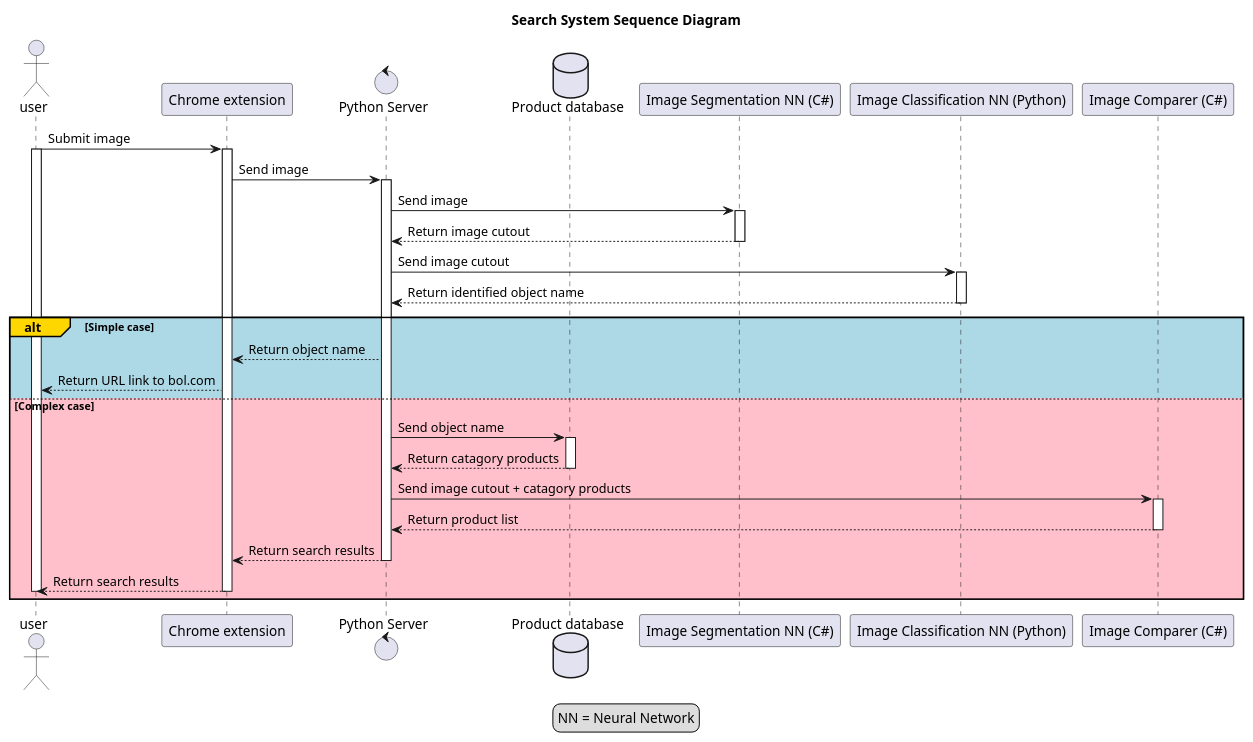
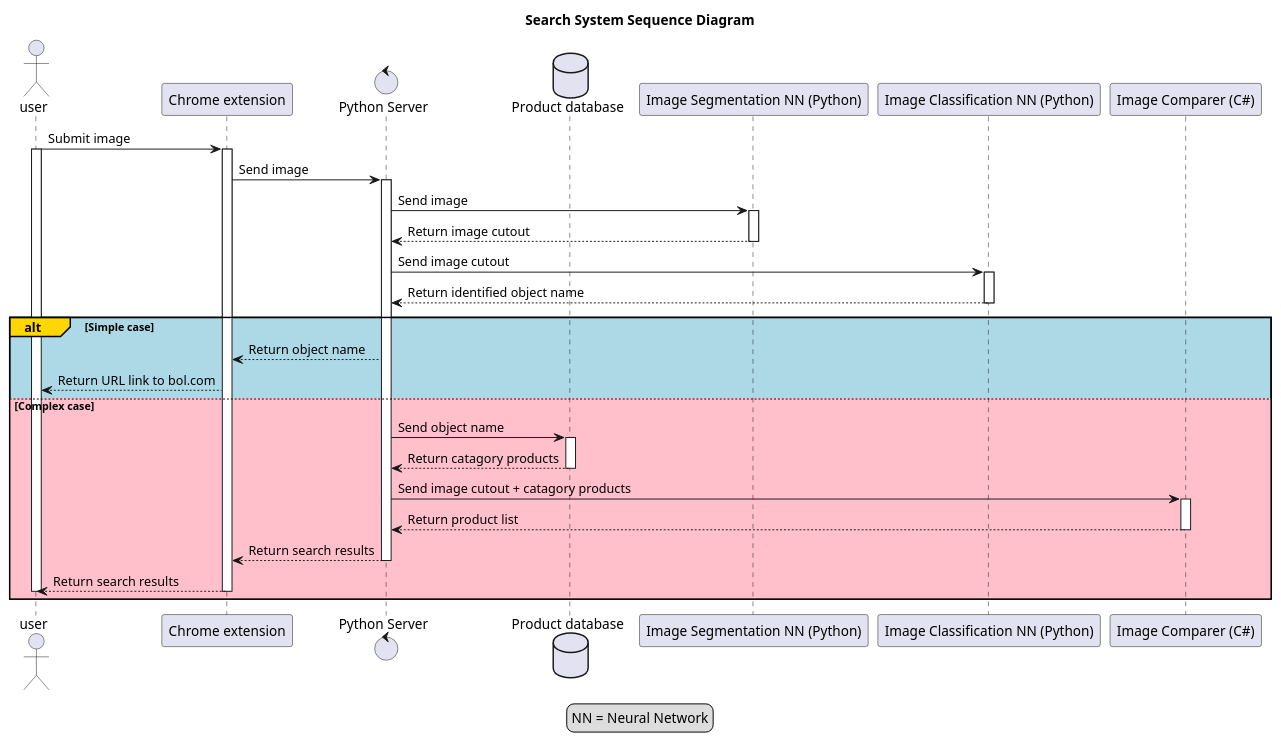
Before and after one commit to RemonZander/Project-D: the diagram in Documentation/SequenceDiagrams/SequenceDiagram.plantuml, drawn with PlantUML.

Commit message:
Updated sequence diagram

```diff
--- a/Documentation/SequenceDiagrams/SequenceDiagram.plantuml
+++ b/Documentation/SequenceDiagrams/SequenceDiagram.plantuml
@@ -1,57 +1,57 @@
 @startuml
 
 title **Search System Sequence Diagram**
 
 actor user as usr
 participant "Chrome extension" as ext
 control "Python Server" as psv
 database "Product database" as db
-participant "Image Segmentation NN (C#)" as sgm
+participant "Image Segmentation NN (Python)" as sgm
 participant "Image Classification NN (Python)" as obj
 participant "Image Comparer (C#)" as img
 
 usr -> ext: Submit image
 activate usr
 activate ext
 ext -> psv: Send image
 activate psv
 psv -> sgm: Send image
 activate sgm
 sgm --> psv: Return image cutout
 deactivate sgm
 psv -> obj: Send image cutout
 activate obj
 
 obj --> psv: Return identified object name
 deactivate obj
 
 alt#Gold #LightBlue Simple case
     psv --> ext: Return object name
 
     ext --> usr: Return URL link to bol.com
 
 else #Pink Complex case
     psv -> db: Send object name
 
     activate db
     db --> psv: Return catagory products
     deactivate db
 
     psv -> img: Send image cutout + catagory products
     activate img
     
     img --> psv: Return product list
     deactivate img
 
     psv --> ext: Return search results
     deactivate psv
 
     ext --> usr: Return search results
     deactivate ext
     deactivate usr
 
     legend
      NN = Neural Network
 endlegend
 end
 @enduml
```
